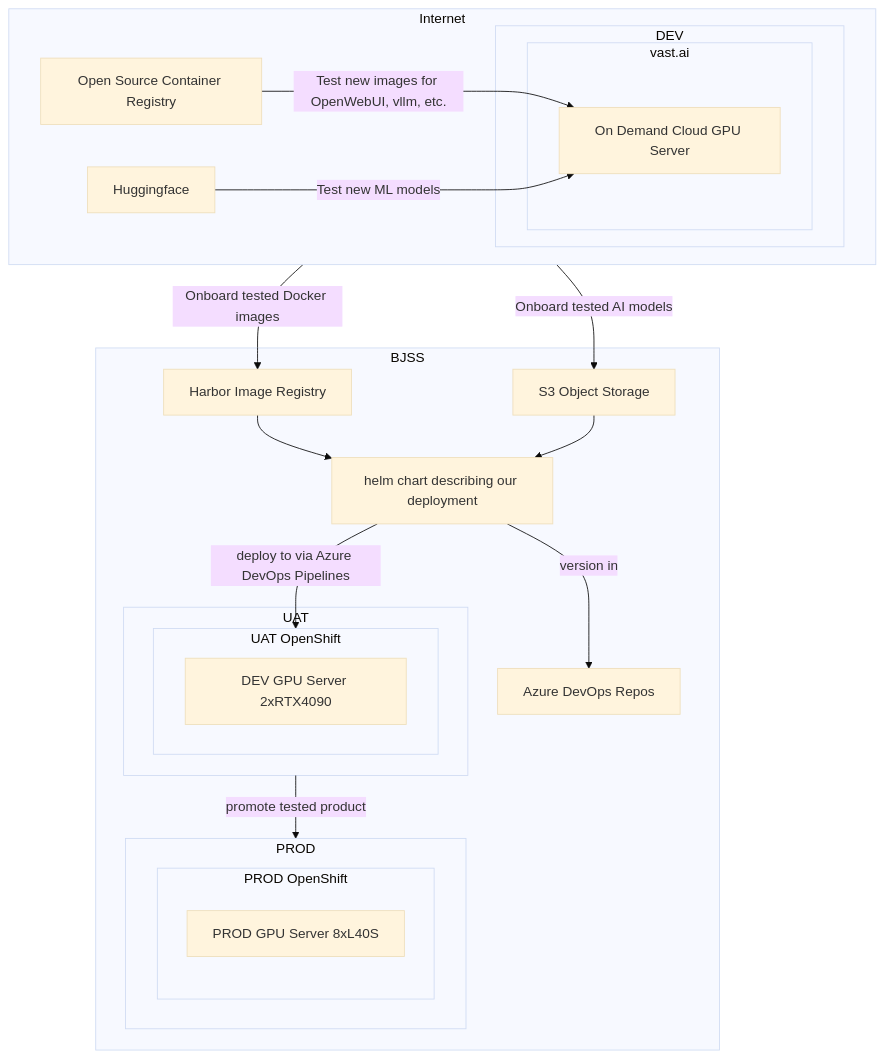
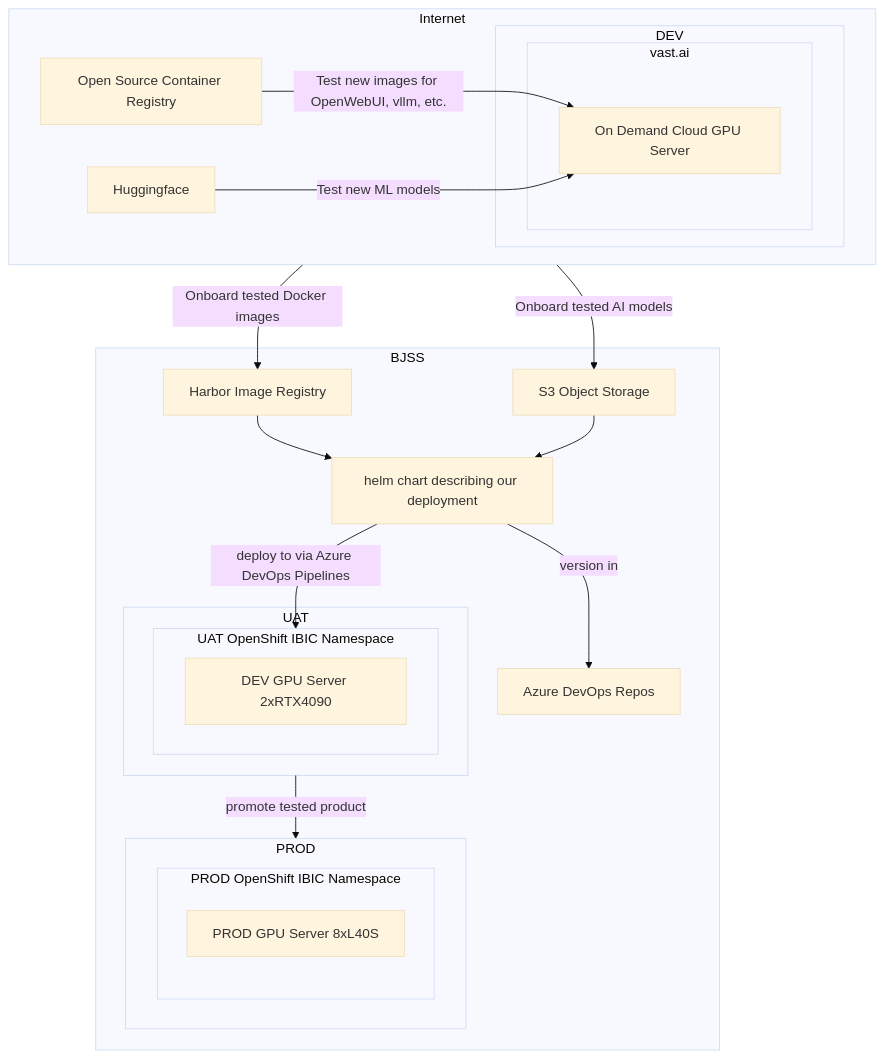
Before and after one commit to tim-roethig/ai-platform: the second of 2 diagrams in README.md, drawn with Mermaid (base theme).

````diff
--- a/README.md
+++ b/README.md
@@ -63,60 +63,60 @@
 ```mermaid
 graph TD
     A[Open Source Container Registry]
     HF[Huggingface]
     B[On Demand Cloud GPU Server]
     HELM[helm chart describing our deployment]
     C[Harbor Image Registry]
     D[Azure DevOps Repos]
     S3[S3 Object Storage]
     E[DEV GPU Server 2xRTX4090]
     F[PROD GPU Server 8xL40S]
 
     subgraph VAST_AI[vast.ai]
         B
     end
-    subgraph UAT_OC[UAT OpenShift]
+    subgraph UAT_OC[UAT OpenShift IBIC Namespace]
         E
     end
-    subgraph PROD_OC[PROD OpenShift]
+    subgraph PROD_OC[PROD OpenShift IBIC Namespace]
         F
     end
 
     subgraph DEV[DEV]
         VAST_AI
     end
     subgraph UAT[UAT]
         UAT_OC
     end
     subgraph PROD[PROD]
         PROD_OC
     end
 
     subgraph BJSS[BJSS]
         C
         D
         S3
         HELM
         UAT
         PROD
     end
 
     subgraph Internet[Internet]
         A
         HF
         DEV
     end
 
     A -- Test new images for OpenWebUI, vllm, etc. --> B
     HF -- Test new ML models --> B
 
     Internet -- Onboard tested Docker images --> C
     Internet -- Onboard tested AI models --> S3
 
     HELM -- version in --> D
     C --> HELM
     S3 --> HELM
 
     HELM -- deploy to via Azure DevOps Pipelines --> UAT_OC
     UAT -- promote tested product --> PROD
 ```
````
